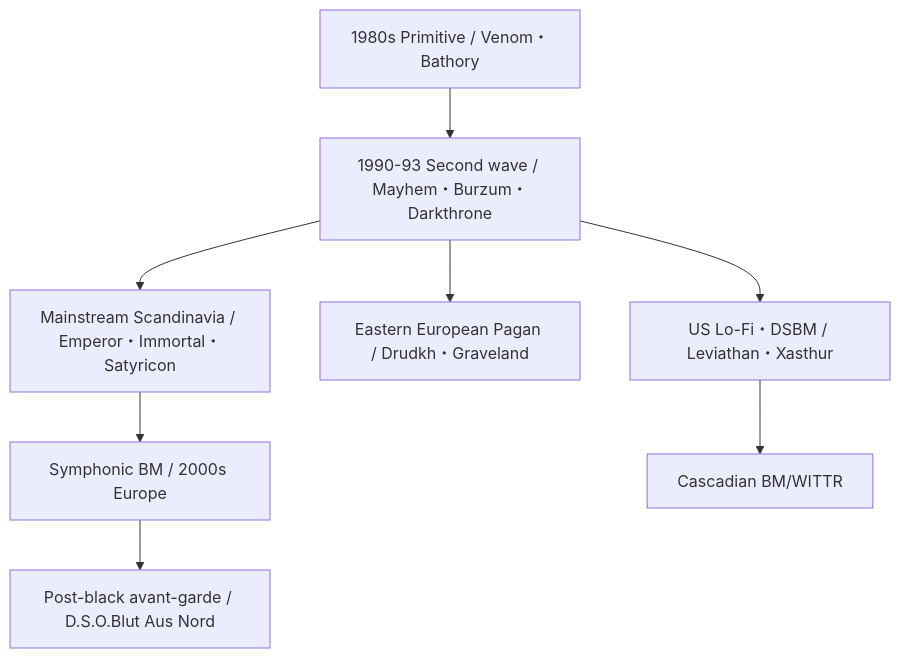
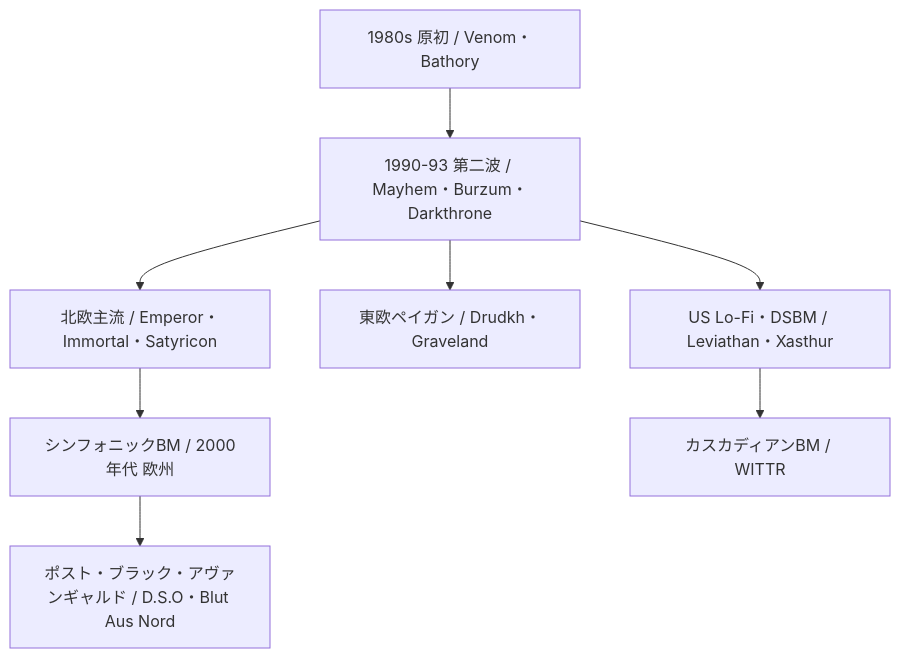
Before and after one commit to monumental-movement/monumental-movement.github.io: the diagram in en/_posts/2025-11-26-column-black-metal-history.md, drawn with Mermaid. The commit also changed other lines of this file and 775 other files, not shown here.

```diff
--- a/en/_posts/2025-11-26-column-black-metal-history.md
+++ b/en/_posts/2025-11-26-column-black-metal-history.md
@@ -459,10 +459,10 @@
 <div class="mermaid">
 flowchart TD
-    A[1980s Primitive / Venom・Bathory] --> B[1990-93 Second wave / Mayhem・Burzum・Darkthrone]
-    B --> C[Mainstream Scandinavia / Emperor・Immortal・Satyricon]
-    B --> D[Eastern European Pagan / Drudkh・Graveland]
+    A[1980s 原初 / Venom・Bathory] --> B[1990-93 第二波 / Mayhem・Burzum・Darkthrone]
+    B --> C[北欧主流 / Emperor・Immortal・Satyricon]
+    B --> D[東欧ペイガン / Drudkh・Graveland]
     B --> E[US Lo-Fi・DSBM / Leviathan・Xasthur]
-    C --> F[Symphonic BM / 2000s Europe]
-    E --> G[Cascadian BM/WITTR]
-    F --> H[Post-black avant-garde / D.S.O.Blut Aus Nord]
+    C --> F[シンフォニックBM / 2000年代 欧州]
+    E --> G[カスカディアンBM / WITTR]
+    F --> H[ポスト・ブラック・アヴァンギャルド / D.S.O・Blut Aus Nord]
 </div>
```
